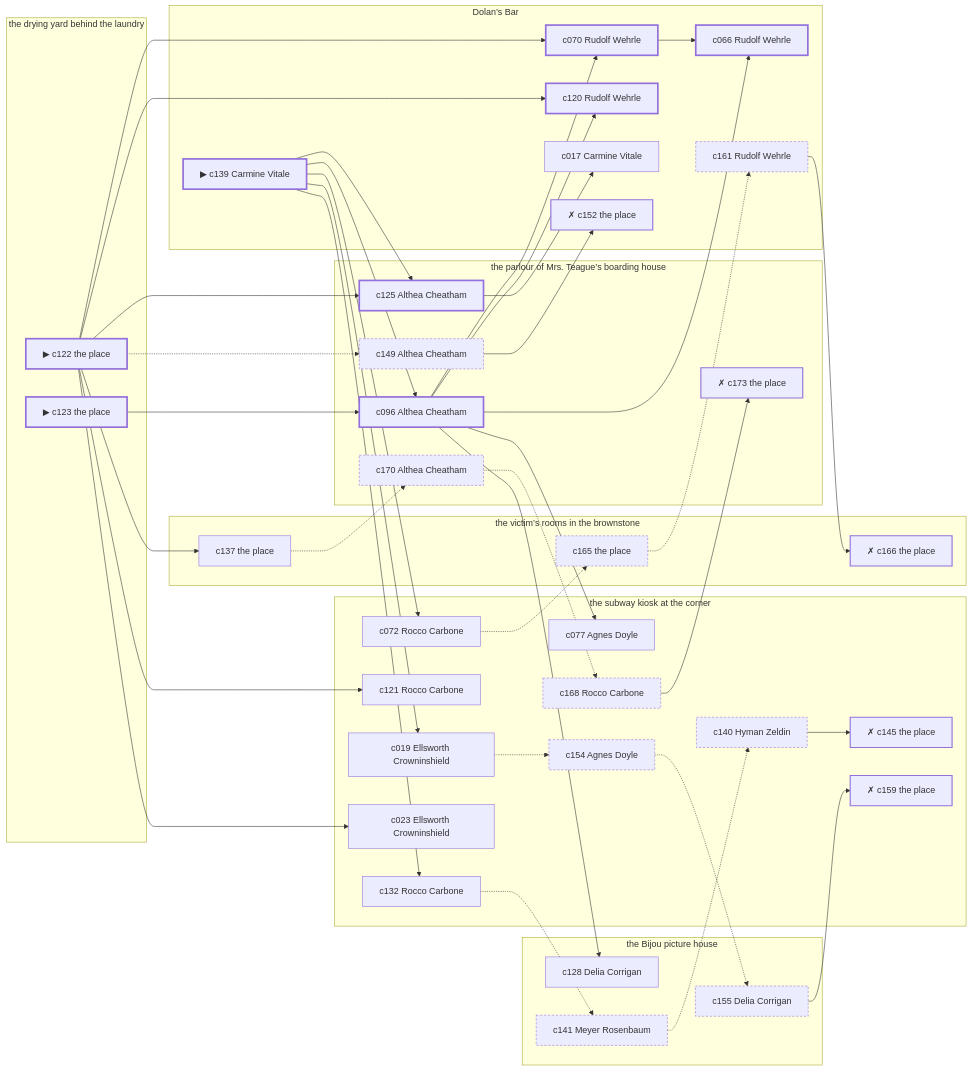
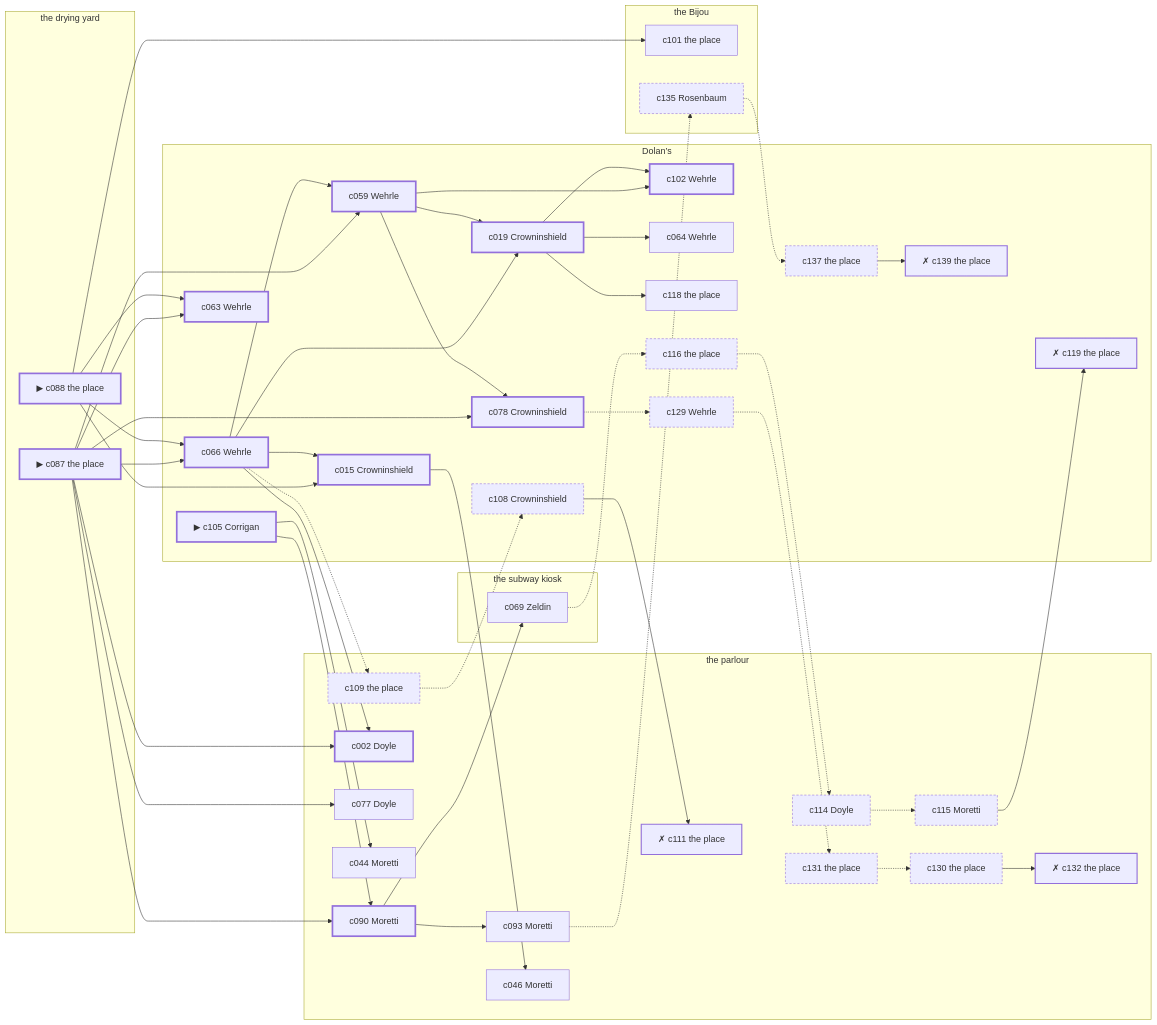
The diagram in docs/samples/case-11.md (lyamshin/dashiell), drawn with Mermaid before and after one commit. The commit also changed other lines of this file and 60 other files, not shown here.

````diff
--- a/docs/samples/case-11.md
+++ b/docs/samples/case-11.md
@@ -309,87 +315,95 @@
 ```mermaid
 graph LR
-  subgraph P1["the parlour of Mrs. Teague’s boarding house"]
-    c096["c096 Althea Cheatham"]
-    c125["c125 Althea Cheatham"]
-    c170["c170 Althea Cheatham"]
-    c173["✗ c173 the place"]
-    c149["c149 Althea Cheatham"]
+  subgraph P1["the parlour"]
+    c090["c090 Moretti"]
+    c002["c002 Doyle"]
+    c093["c093 Moretti"]
+    c077["c077 Doyle"]
+    c044["c044 Moretti"]
+    c046["c046 Moretti"]
+    c131["c131 the place"]
+    c130["c130 the place"]
+    c132["✗ c132 the place"]
+    c114["c114 Doyle"]
+    c115["c115 Moretti"]
+    c109["c109 the place"]
+    c111["✗ c111 the place"]
   end
-  subgraph P2["the subway kiosk at the corner"]
-    c077["c077 Agnes Doyle"]
-    c019["c019 Ellsworth Crowninshield"]
-    c121["c121 Rocco Carbone"]
-    c132["c132 Rocco Carbone"]
-    c023["c023 Ellsworth Crowninshield"]
-    c072["c072 Rocco Carbone"]
-    c168["c168 Rocco Carbone"]
-    c140["c140 Hyman Zeldin"]
-    c145["✗ c145 the place"]
-    c154["c154 Agnes Doyle"]
-    c159["✗ c159 the place"]
+  subgraph P2["the subway kiosk"]
+    c069["c069 Zeldin"]
   end
-  subgraph P3["the Bijou picture house"]
-    c128["c128 Delia Corrigan"]
-    c141["c141 Meyer Rosenbaum"]
-    c155["c155 Delia Corrigan"]
+  subgraph P3["the Bijou"]
+    c101["c101 the place"]
+    c135["c135 Rosenbaum"]
   end
-  subgraph P4["the drying yard behind the laundry"]
-    c122["▶ c122 the place"]
-    c123["▶ c123 the place"]
+  subgraph P4["the drying yard"]
+    c087["▶ c087 the place"]
+    c088["▶ c088 the place"]
   end
-  subgraph P5["the victim’s rooms in the brownstone"]
+  subgraph P5["Dolan’s"]
+    c105["▶ c105 Corrigan"]
+    c063["c063 Wehrle"]
+    c066["c066 Wehrle"]
+    c059["c059 Wehrle"]
+    c019["c019 Crowninshield"]
+    c015["c015 Crowninshield"]
+    c078["c078 Crowninshield"]
+    c102["c102 Wehrle"]
+    c064["c064 Wehrle"]
+    c118["c118 the place"]
+    c129["c129 Wehrle"]
+    c116["c116 the place"]
+    c119["✗ c119 the place"]
     c137["c137 the place"]
-    c165["c165 the place"]
-    c166["✗ c166 the place"]
+    c139["✗ c139 the place"]
+    c108["c108 Crowninshield"]
   end
-  subgraph P6["Dolan’s Bar"]
-    c139["▶ c139 Carmine Vitale"]
-    c070["c070 Rudolf Wehrle"]
-    c066["c066 Rudolf Wehrle"]
-    c120["c120 Rudolf Wehrle"]
-    c017["c017 Carmine Vitale"]
-    c161["c161 Rudolf Wehrle"]
-    c152["✗ c152 the place"]
-  end
-  c122 --> c070
-  c122 --> c125
-  c122 --> c120
-  c122 --> c137
-  c122 --> c121
-  c122 --> c023
-  c122 -.-> c149
-  c123 --> c096
-  c139 --> c096
-  c139 --> c125
-  c139 --> c019
-  c139 --> c132
-  c139 --> c072
-  c096 --> c070
-  c096 --> c066
-  c096 --> c120
-  c096 --> c077
-  c096 --> c128
-  c070 --> c066
-  c125 --> c017
-  c137 -.-> c170
-  c019 -.-> c154
-  c132 -.-> c141
-  c072 -.-> c165
-  c170 -.-> c168
-  c168 --> c173
-  c165 -.-> c161
-  c161 --> c166
-  c141 -.-> c140
-  c140 --> c145
-  c154 -.-> c155
-  c155 --> c159
-  c149 --> c152
+  c087 --> c063
+  c087 --> c066
+  c087 --> c059
+  c087 --> c078
+  c087 --> c090
+  c087 --> c002
+  c087 --> c077
+  c088 --> c063
+  c088 --> c066
+  c088 --> c015
+  c088 --> c101
+  c105 --> c090
+  c105 --> c044
+  c066 --> c059
+  c066 --> c019
+  c066 --> c015
+  c066 --> c002
+  c066 -.-> c109
+  c059 --> c019
+  c059 --> c078
+  c059 --> c102
+  c019 --> c102
+  c019 --> c064
+  c019 --> c118
+  c015 --> c046
+  c078 -.-> c129
+  c090 --> c069
+  c090 --> c093
+  c069 -.-> c116
+  c093 -.-> c135
+  c129 -.-> c131
+  c131 -.-> c130
+  c130 --> c132
+  c116 -.-> c114
+  c114 -.-> c115
+  c115 --> c119
+  c135 -.-> c137
+  c137 --> c139
+  c109 -.-> c108
+  c108 --> c111
   classDef spine stroke-width:3px;
   classDef corrob stroke-width:1px;
   classDef noise stroke-dasharray: 4 3;
   classDef disq stroke-width:2px,stroke-dasharray: 1 0;
-  class c122,c123,c139,c096,c070,c125,c066,c120 spine;
-  class c077,c128,c137,c019,c121,c132,c017,c023,c072 corrob;
-  class c170,c168,c165,c161,c141,c140,c154,c155,c149 noise;
-  class c173,c166,c145,c159,c152 disq;
+  class c087,c088,c105,c063,c066,c059,c019,c015,c078,c102,c090,c002 spine;
+  class c069,c101,c093,c077,c064,c044,c118,c046 corrob;
+  class c129,c131,c130,c116,c114,c115,c135,c137,c109,c108 noise;
+  class c132,c119,c139,c111 disq;
 ```
````
